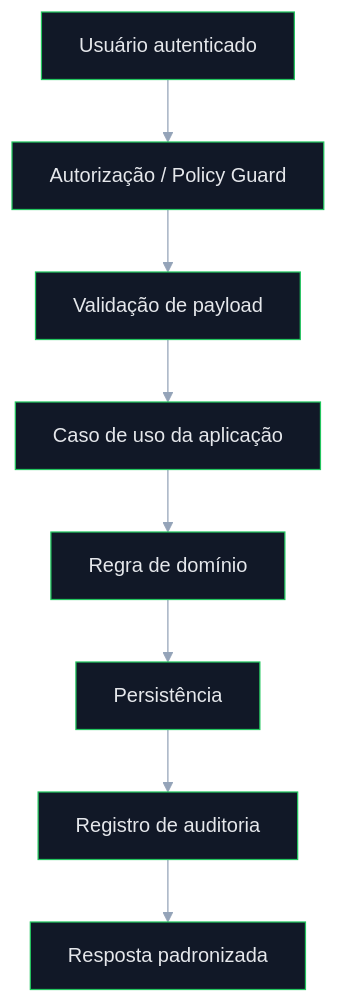
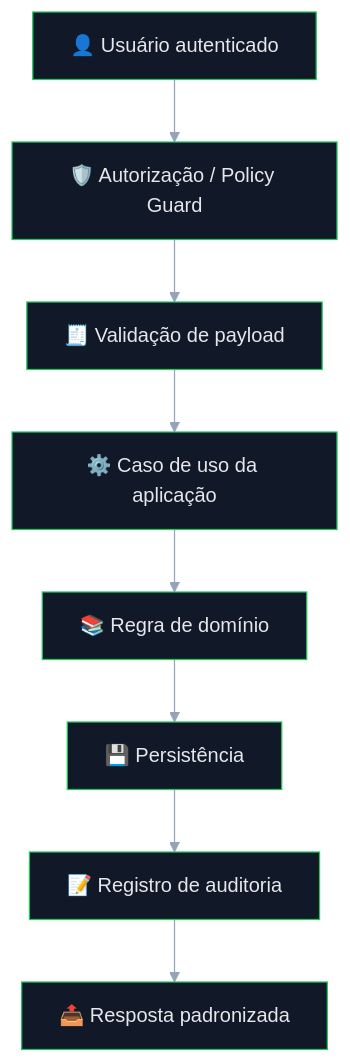
One commit to matheusdiamantino-betalent/IA changed the second of 7 diagrams in README.md. Above: the diagram before and after it, drawn with Mermaid. The commit also changed other lines of this file, not shown here.

````diff
--- a/README.md
+++ b/README.md
@@ -272,24 +351,24 @@
 ```mermaid
 %%{init: {
   "theme": "base",
   "themeVariables": {
     "background": "#0b1220",
     "primaryColor": "#111827",
     "primaryTextColor": "#e5e7eb",
     "primaryBorderColor": "#22c55e",
     "secondaryColor": "#0f172a",
     "secondaryTextColor": "#e5e7eb",
     "tertiaryColor": "#111827",
     "tertiaryTextColor": "#e5e7eb",
     "lineColor": "#94a3b8"
   }
 }}%%
 flowchart TD
-    A["Usuário autenticado"] --> B["Autorização / Policy Guard"]
-    B --> C["Validação de payload"]
-    C --> D["Caso de uso da aplicação"]
-    D --> E["Regra de domínio"]
-    E --> F["Persistência"]
-    F --> G["Registro de auditoria"]
-    G --> H["Resposta padronizada"]
+    A["👤 Usuário autenticado"] --> B["🛡️ Autorização / Policy Guard"]
+    B --> C["🧾 Validação de payload"]
+    C --> D["⚙️ Caso de uso da aplicação"]
+    D --> E["📚 Regra de domínio"]
+    E --> F["💾 Persistência"]
+    F --> G["📝 Registro de auditoria"]
+    G --> H["📤 Resposta padronizada"]
 ```
````
